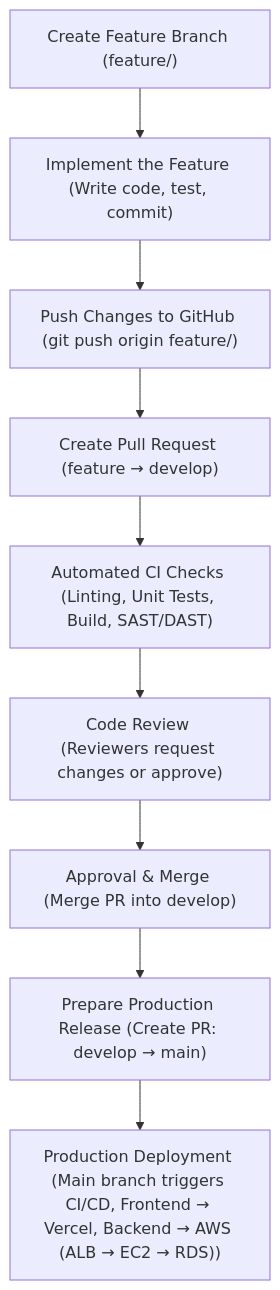
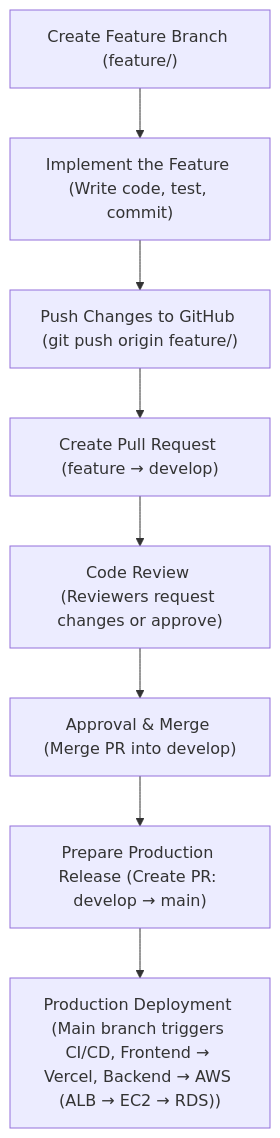
Before and after one commit to sarvjeet24kumar/Project-Documentation: the diagram in docs/code_merge_workflow.md, drawn with Mermaid. The commit also changed 2 other files, not shown here.

Commit message:
updated workfow flowchart

````diff
--- a/docs/code_merge_workflow.md
+++ b/docs/code_merge_workflow.md
@@ -70,12 +70,11 @@
 ```mermaid
 flowchart TD
 
 A["Create Feature Branch (feature/<feature-name>)"] --> B["Implement the Feature (Write code, test, commit)"]
 B --> C["Push Changes to GitHub (git push origin feature/<feature-name>)"]
 C --> D["Create Pull Request (feature → develop)"]
-D --> E["Automated CI Checks (Linting, Unit Tests, Build, SAST/DAST)"]
-E --> F["Code Review (Reviewers request changes or approve)"]
-F --> G["Approval & Merge (Merge PR into develop)"]
-G --> H["Prepare Production Release (Create PR: develop → main)"]
-H --> I["Production Deployment (Main branch triggers CI/CD, Frontend → Vercel, Backend → AWS (ALB → EC2 → RDS))"]
+D --> E["Code Review (Reviewers request changes or approve)"]
+E --> F["Approval & Merge (Merge PR into develop)"]
+F --> G["Prepare Production Release (Create PR: develop → main)"]
+G --> H["Production Deployment (Main branch triggers CI/CD, Frontend → Vercel, Backend → AWS (ALB → EC2 → RDS))"]
 ```
````
